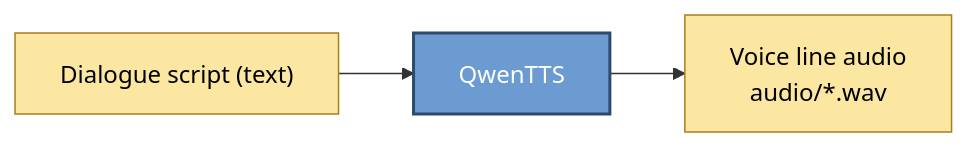
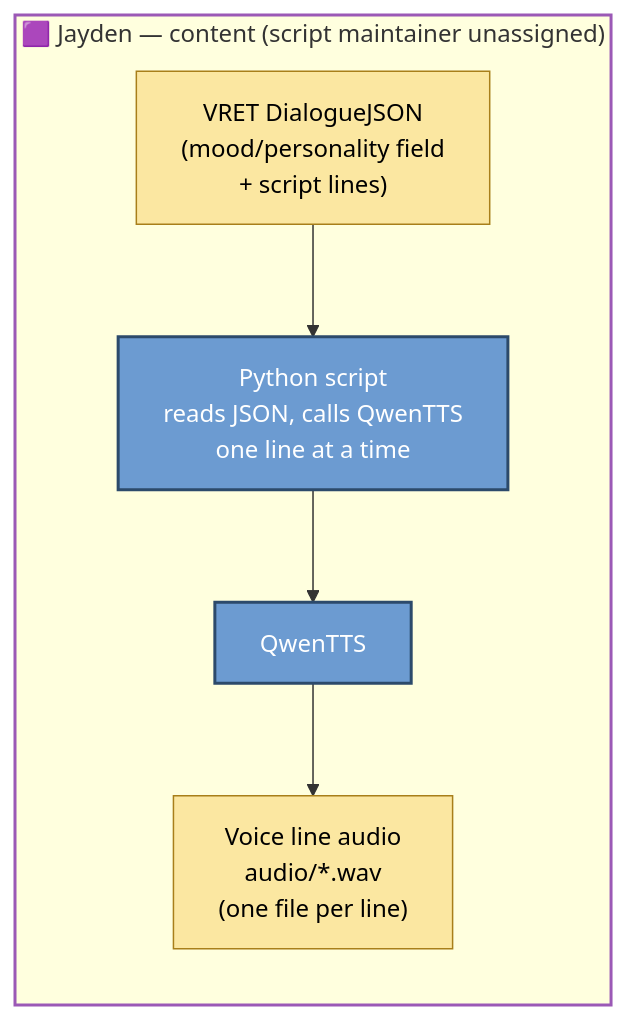
Before and after one commit to SBU-VRET/VRET-Project: the fourth of 8 diagrams in docs/TECH_PIPELINE.md, drawn with Mermaid. The commit also changed other lines of this file and 2 other files, not shown here.

Commit message:
Add ownership coloring to tech pipeline diagrams, ignore temp/, add Audio2Face vs LAM Audio2Expression doc

````diff
--- a/docs/TECH_PIPELINE.md
+++ b/docs/TECH_PIPELINE.md
@@ -82,9 +136,13 @@
 ```mermaid
 flowchart LR
-    Script["Dialogue script (text)"] --> QwenTTS --> WAV["Voice line audio<br/>audio/*.wav"]
+    subgraph S3["🟪 Jayden — content (script maintainer unassigned)"]
+    DialogueJSON["VRET DialogueJSON<br/>(mood/personality field<br/>+ script lines)"] --> PyScript["Python script<br/>reads JSON, calls QwenTTS<br/>one line at a time"]
+    PyScript --> QwenTTS --> WAV["Voice line audio<br/>audio/*.wav<br/>(one file per line)"]
+    end
 
+    style S3 stroke:#9B59B6,stroke-width:2px
     classDef tool fill:#6c9bd1,stroke:#2c4a6b,stroke-width:2px,color:#fff;
     classDef artifact fill:#fbe7a1,stroke:#a87f1a,stroke-width:1px,color:#000;
-    class QwenTTS tool
-    class Script,WAV artifact
+    class PyScript,QwenTTS tool
+    class DialogueJSON,WAV artifact
 ```
````
